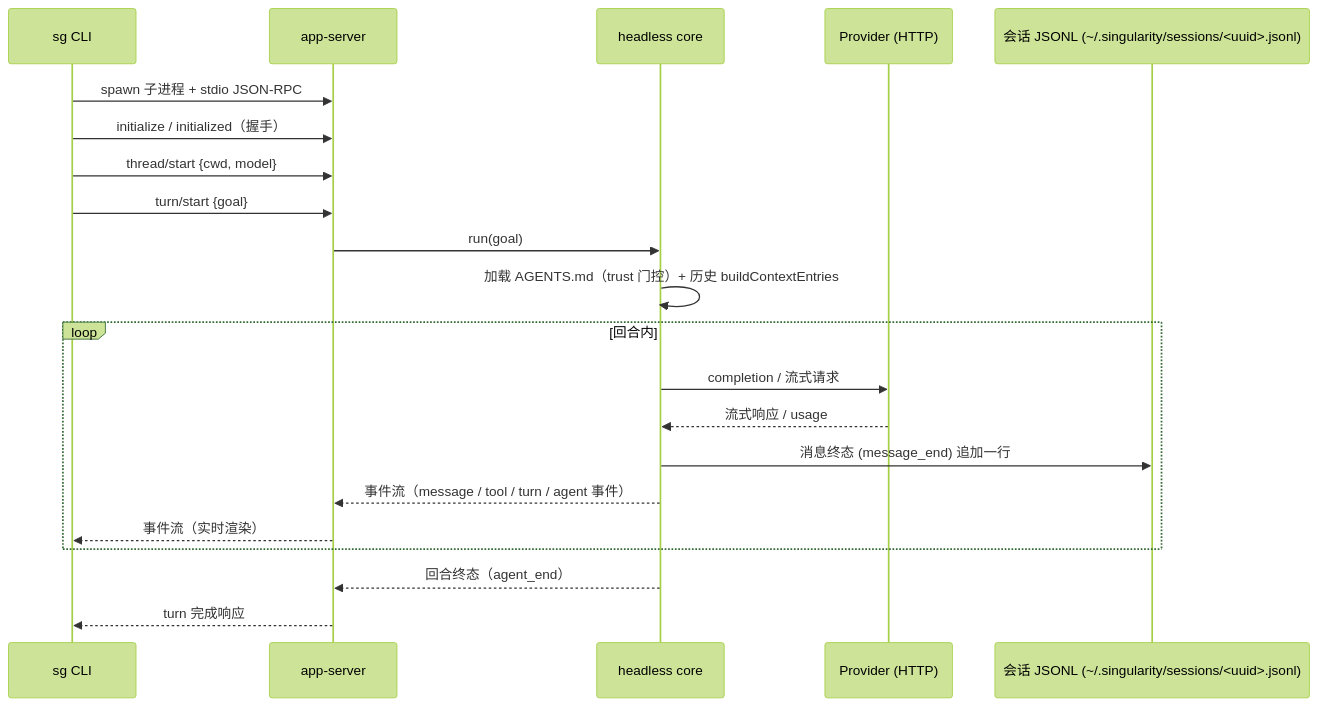
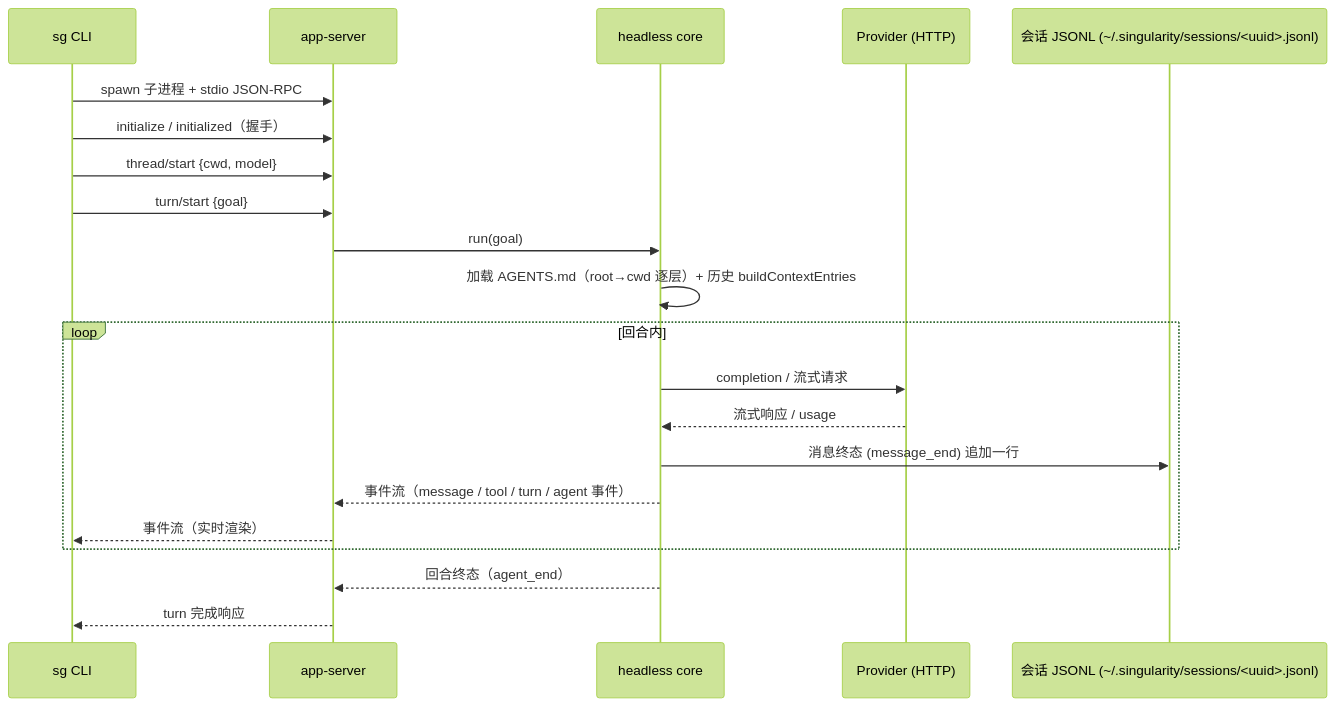
The second of 8 diagrams in docs/singularity.md (qjcnmd/singularity-agent), drawn with Mermaid (forest theme) before and after one commit. The commit also changed other lines of this file and 11 other files, not shown here.

````diff
--- a/docs/singularity.md
+++ b/docs/singularity.md
@@ -60,23 +60,23 @@
 ```mermaid
 sequenceDiagram
     participant CLI as sg CLI
     participant S as app-server
     participant C as headless core
     participant P as Provider (HTTP)
     participant F as 会话 JSONL (~/.singularity/sessions/<uuid>.jsonl)
     CLI->>S: spawn 子进程 + stdio JSON-RPC
     CLI->>S: initialize / initialized（握手）
     CLI->>S: thread/start {cwd, model}
     CLI->>S: turn/start {goal}
     S->>C: run(goal)
-    C->>C: 加载 AGENTS.md（trust 门控）+ 历史 buildContextEntries
+    C->>C: 加载 AGENTS.md（root→cwd 逐层）+ 历史 buildContextEntries
     loop 回合内
         C->>P: completion / 流式请求
         P-->>C: 流式响应 / usage
         C->>F: 消息终态 (message_end) 追加一行
         C-->>S: 事件流（message / tool / turn / agent 事件）
         S-->>CLI: 事件流（实时渲染）
     end
     C-->>S: 回合终态（agent_end）
     S-->>CLI: turn 完成响应
 ```
````
